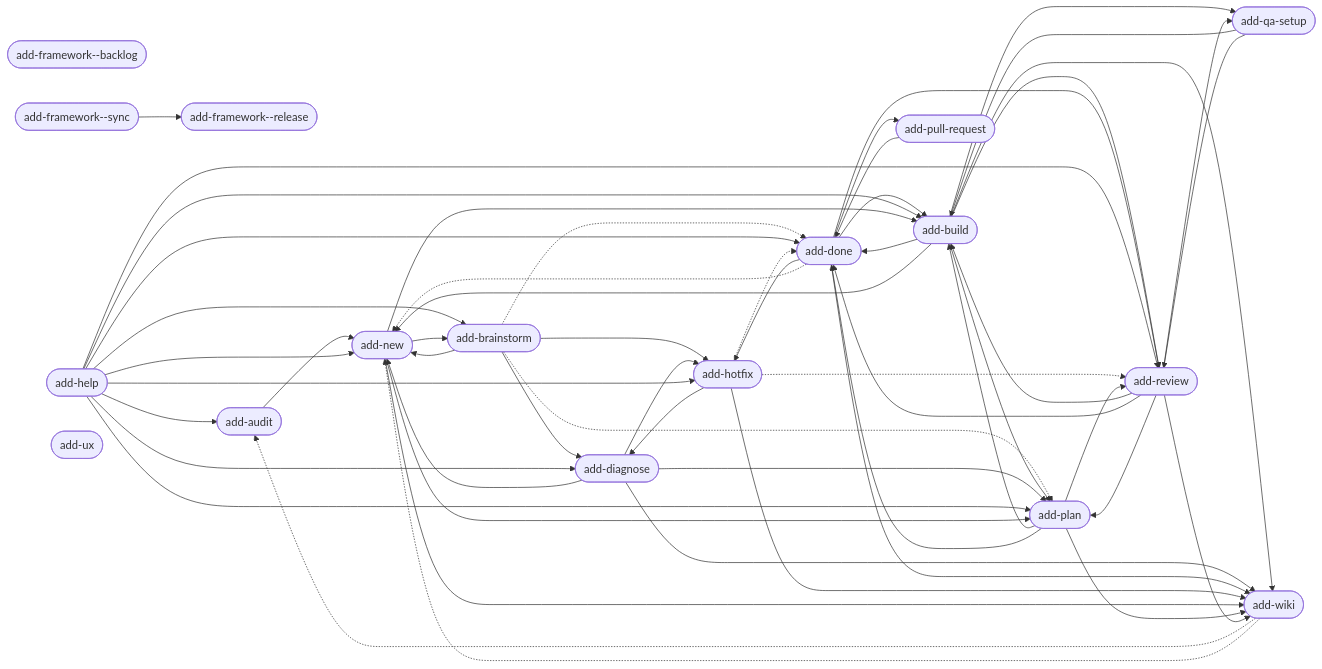
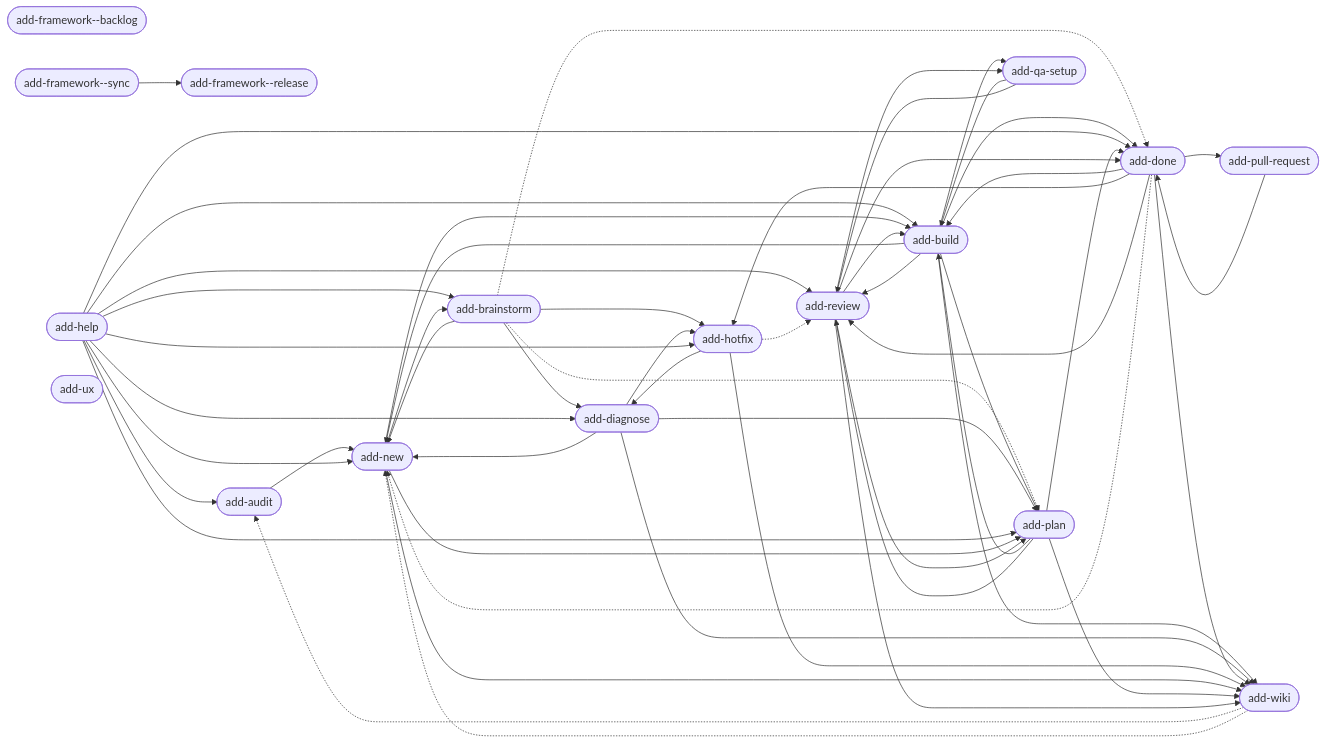
The diagram in web/public/artefact-graph.mmd (brabos-ai/code-addiction), drawn with Mermaid before and after one commit. The commit also changed 6 other files, not shown here.

```diff
--- a/web/public/artefact-graph.mmd
+++ b/web/public/artefact-graph.mmd
@@ -1,72 +1,71 @@
 flowchart LR
     n_internal_command_add_framework__backlog(["add-framework--backlog"])
     n_internal_command_add_framework__release(["add-framework--release"])
     n_internal_command_add_framework__sync(["add-framework--sync"])
     n_product_command_add_audit(["add-audit"])
     n_product_command_add_brainstorm(["add-brainstorm"])
     n_product_command_add_build(["add-build"])
     n_product_command_add_diagnose(["add-diagnose"])
     n_product_command_add_done(["add-done"])
     n_product_command_add_help(["add-help"])
     n_product_command_add_hotfix(["add-hotfix"])
     n_product_command_add_new(["add-new"])
     n_product_command_add_plan(["add-plan"])
     n_product_command_add_pull_request(["add-pull-request"])
     n_product_command_add_qa_setup(["add-qa-setup"])
     n_product_command_add_review(["add-review"])
     n_product_command_add_ux(["add-ux"])
     n_product_command_add_wiki(["add-wiki"])
     n_internal_command_add_framework__sync --> n_internal_command_add_framework__release
     n_product_command_add_audit --> n_product_command_add_new
     n_product_command_add_brainstorm --> n_product_command_add_diagnose
     n_product_command_add_brainstorm --> n_product_command_add_hotfix
     n_product_command_add_brainstorm --> n_product_command_add_new
     n_product_command_add_brainstorm -.-> n_product_command_add_done
     n_product_command_add_brainstorm -.-> n_product_command_add_plan
     n_product_command_add_build --> n_product_command_add_done
     n_product_command_add_build --> n_product_command_add_new
     n_product_command_add_build --> n_product_command_add_plan
     n_product_command_add_build --> n_product_command_add_qa_setup
     n_product_command_add_build --> n_product_command_add_review
     n_product_command_add_build --> n_product_command_add_wiki
     n_product_command_add_diagnose --> n_product_command_add_hotfix
     n_product_command_add_diagnose --> n_product_command_add_new
     n_product_command_add_diagnose --> n_product_command_add_plan
     n_product_command_add_diagnose --> n_product_command_add_wiki
     n_product_command_add_done --> n_product_command_add_build
     n_product_command_add_done --> n_product_command_add_hotfix
     n_product_command_add_done --> n_product_command_add_pull_request
     n_product_command_add_done --> n_product_command_add_review
     n_product_command_add_done --> n_product_command_add_wiki
     n_product_command_add_done -.-> n_product_command_add_new
     n_product_command_add_help --> n_product_command_add_audit
     n_product_command_add_help --> n_product_command_add_brainstorm
     n_product_command_add_help --> n_product_command_add_build
     n_product_command_add_help --> n_product_command_add_diagnose
     n_product_command_add_help --> n_product_command_add_done
     n_product_command_add_help --> n_product_command_add_hotfix
     n_product_command_add_help --> n_product_command_add_new
     n_product_command_add_help --> n_product_command_add_plan
     n_product_command_add_help --> n_product_command_add_review
     n_product_command_add_hotfix --> n_product_command_add_diagnose
     n_product_command_add_hotfix --> n_product_command_add_wiki
-    n_product_command_add_hotfix -.-> n_product_command_add_done
     n_product_command_add_hotfix -.-> n_product_command_add_review
     n_product_command_add_new --> n_product_command_add_brainstorm
     n_product_command_add_new --> n_product_command_add_build
     n_product_command_add_new --> n_product_command_add_plan
     n_product_command_add_new --> n_product_command_add_wiki
     n_product_command_add_plan --> n_product_command_add_build
     n_product_command_add_plan --> n_product_command_add_done
     n_product_command_add_plan --> n_product_command_add_review
     n_product_command_add_plan --> n_product_command_add_wiki
     n_product_command_add_pull_request --> n_product_command_add_done
     n_product_command_add_qa_setup --> n_product_command_add_build
     n_product_command_add_qa_setup --> n_product_command_add_review
     n_product_command_add_review --> n_product_command_add_build
     n_product_command_add_review --> n_product_command_add_done
     n_product_command_add_review --> n_product_command_add_plan
     n_product_command_add_review --> n_product_command_add_qa_setup
     n_product_command_add_review --> n_product_command_add_wiki
     n_product_command_add_wiki -.-> n_product_command_add_audit
     n_product_command_add_wiki -.-> n_product_command_add_new
```
